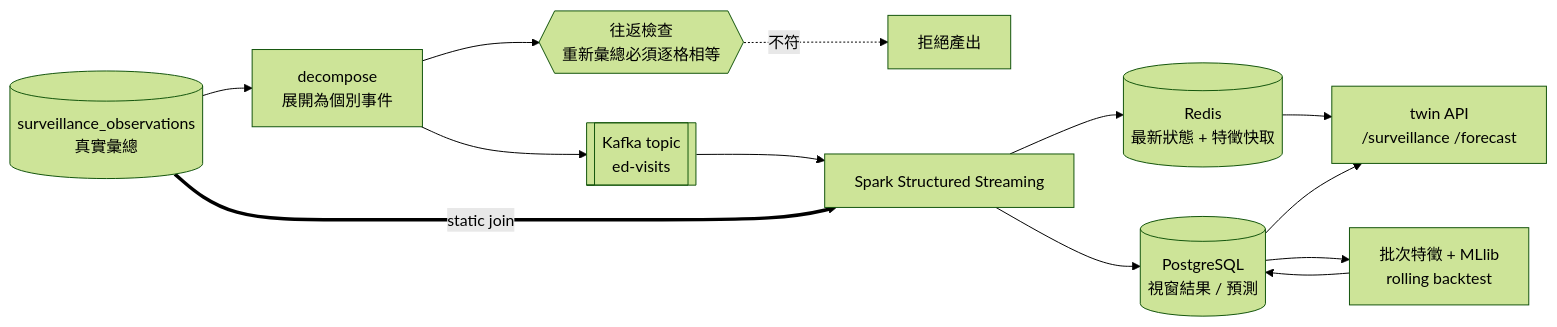
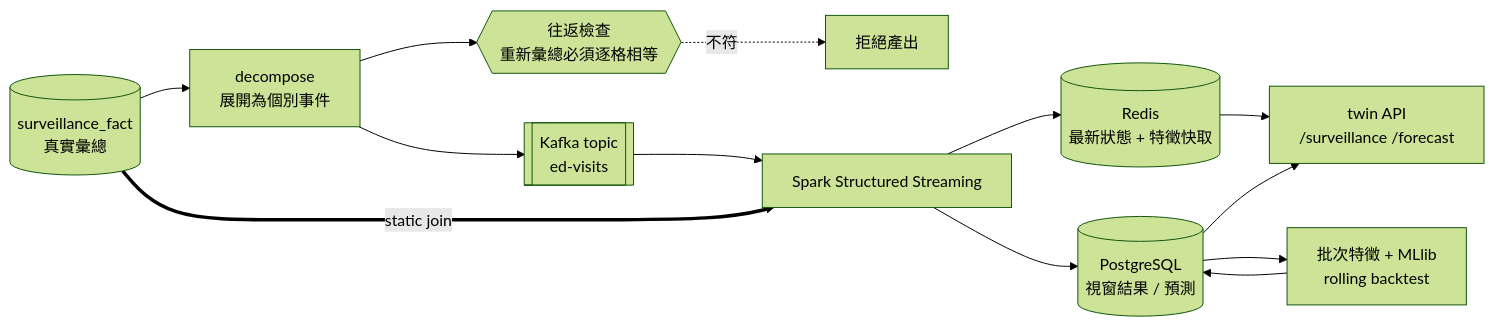
The diagram in docs/Spark-Design.md (drew-young-AI/Devops), drawn with Mermaid (forest theme) before and after one commit. The commit also changed 390 other files, not shown here.

````diff
--- a/docs/Spark-Design.md
+++ b/docs/Spark-Design.md
@@ -247,15 +247,15 @@
 ```mermaid
 flowchart LR
-  A[("surveillance_observations<br/>真實彙總")] --> B["decompose<br/>展開為個別事件"]
+  A[("surveillance_fact<br/>真實彙總")] --> B["decompose<br/>展開為個別事件"]
   B --> RT{{"往返檢查<br/>重新彙總必須逐格相等"}}
   RT -.->|不符| X["拒絕產出"]
   B --> K[["Kafka topic<br/>ed-visits"]]
   K --> S["Spark Structured Streaming"]
   A ==>|"static join"| S
   S --> R[("Redis<br/>最新狀態 + 特徵快取")]
   S --> P[("PostgreSQL<br/>視窗結果 / 預測")]
   R --> API["twin API<br/>/surveillance /forecast"]
   P --> API
   P --> BT["批次特徵 + MLlib<br/>rolling backtest"]
   BT --> P
 ```
````
